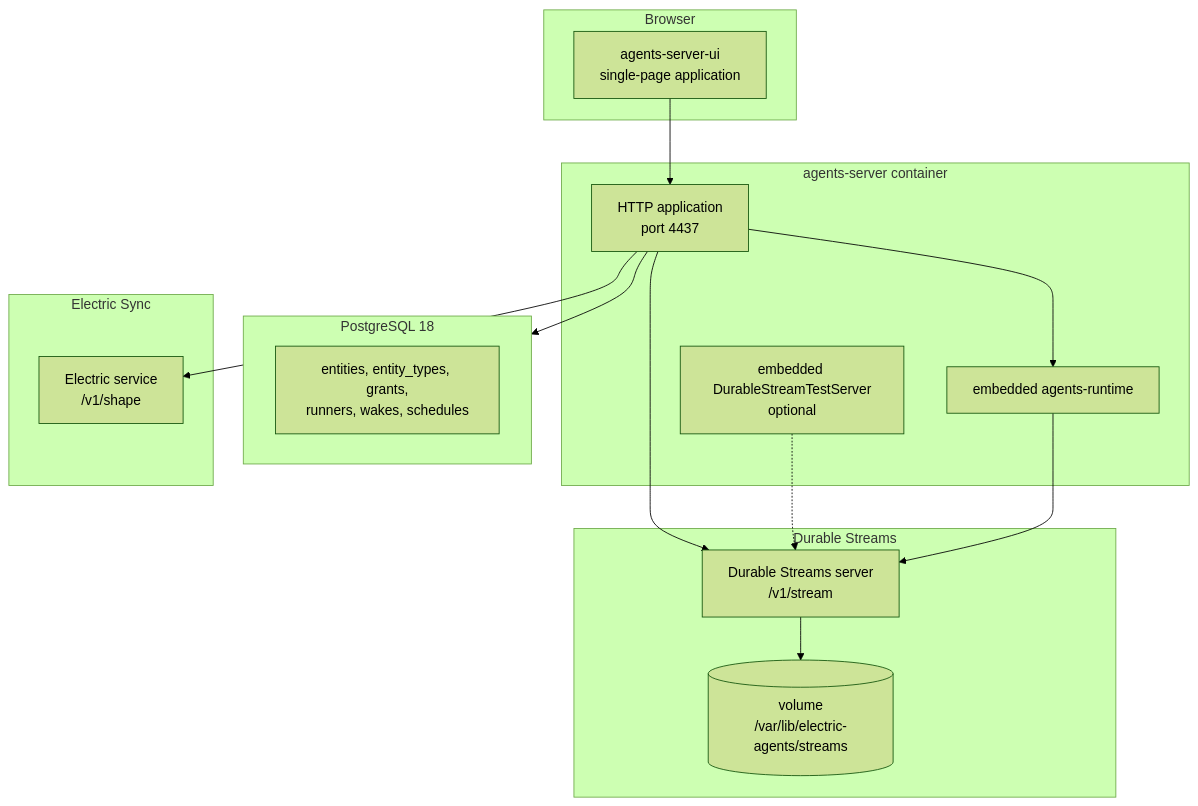
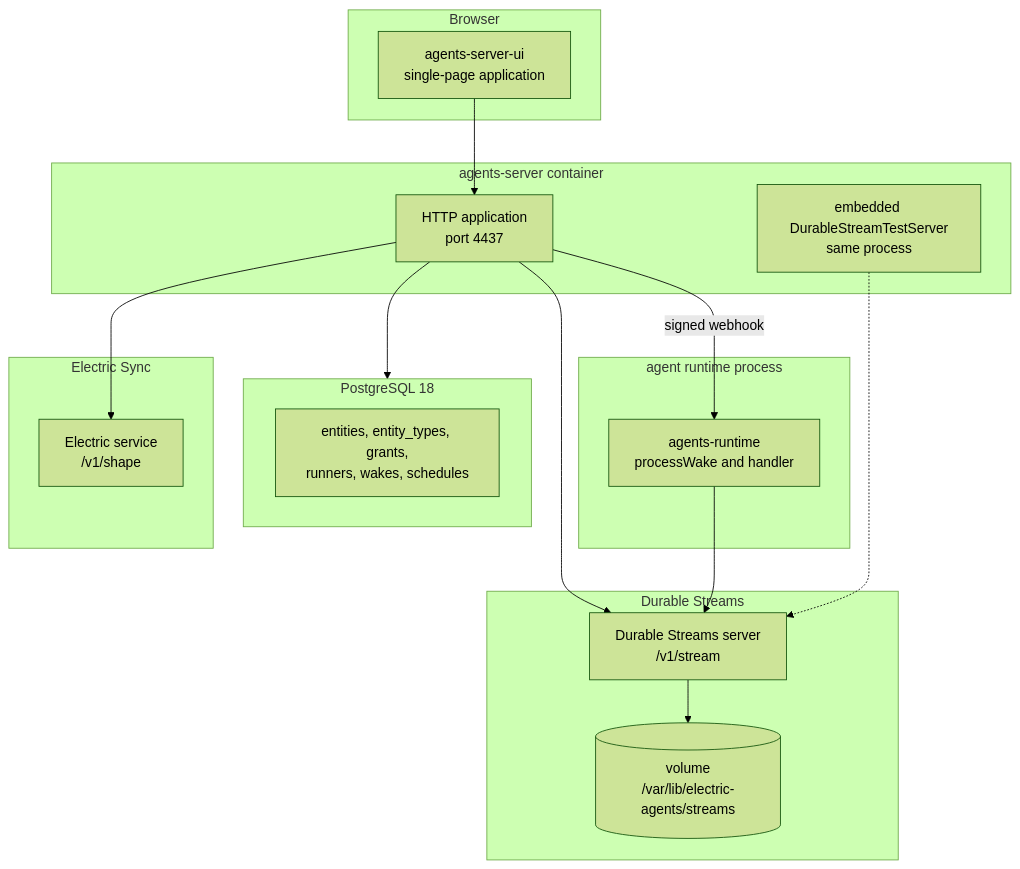
The first of 4 diagrams in src.durable-streams/src.electric/markdown/02-system-architecture.md (ewe-studios/explorations), drawn with Mermaid (forest theme) before and after one commit. The commit also changed other lines of this file and 112 other files, not shown here.

````diff
--- a/src.durable-streams/src.electric/markdown/02-system-architecture.md
+++ b/src.durable-streams/src.electric/markdown/02-system-architecture.md
@@ -15,29 +15,31 @@
 ```mermaid
 flowchart TB
     subgraph Browser["Browser"]
         UI["agents-server-ui<br/>single-page application"]
     end
     subgraph Server["agents-server container"]
         HTTP["HTTP application<br/>port 4437"]
-        RUNTIME_IN["embedded agents-runtime"]
-        EMB["embedded DurableStreamTestServer<br/>optional"]
+        EMB["embedded DurableStreamTestServer<br/>same process"]
+    end
+    subgraph Runtime["agent runtime process"]
+        RT["agents-runtime<br/>processWake and handler"]
     end
     subgraph Streams["Durable Streams"]
         DS["Durable Streams server<br/>/v1/stream"]
         VOL[("volume<br/>/var/lib/electric-agents/streams")]
     end
     subgraph PG["PostgreSQL 18"]
         TABLES["entities, entity_types, grants,<br/>runners, wakes, schedules"]
     end
     subgraph Electric["Electric Sync"]
         EL["Electric service<br/>/v1/shape"]
     end
     UI --> HTTP
     HTTP --> PG
     HTTP --> DS
     HTTP --> EL
+    HTTP -->|signed webhook| RT
+    RT --> DS
     DS --> VOL
     EMB -.-> DS
-    HTTP --> RUNTIME_IN
-    RUNTIME_IN --> DS
 ```
````
